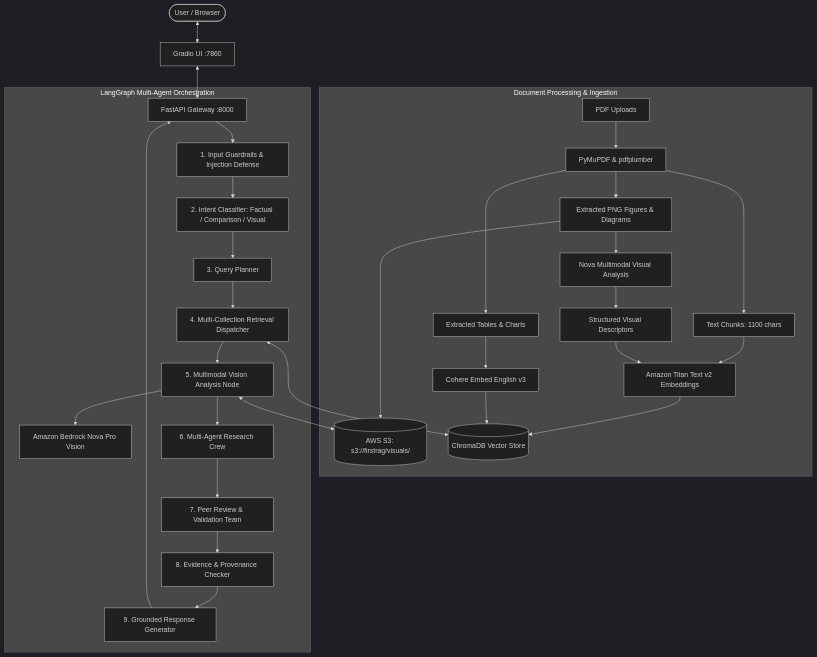
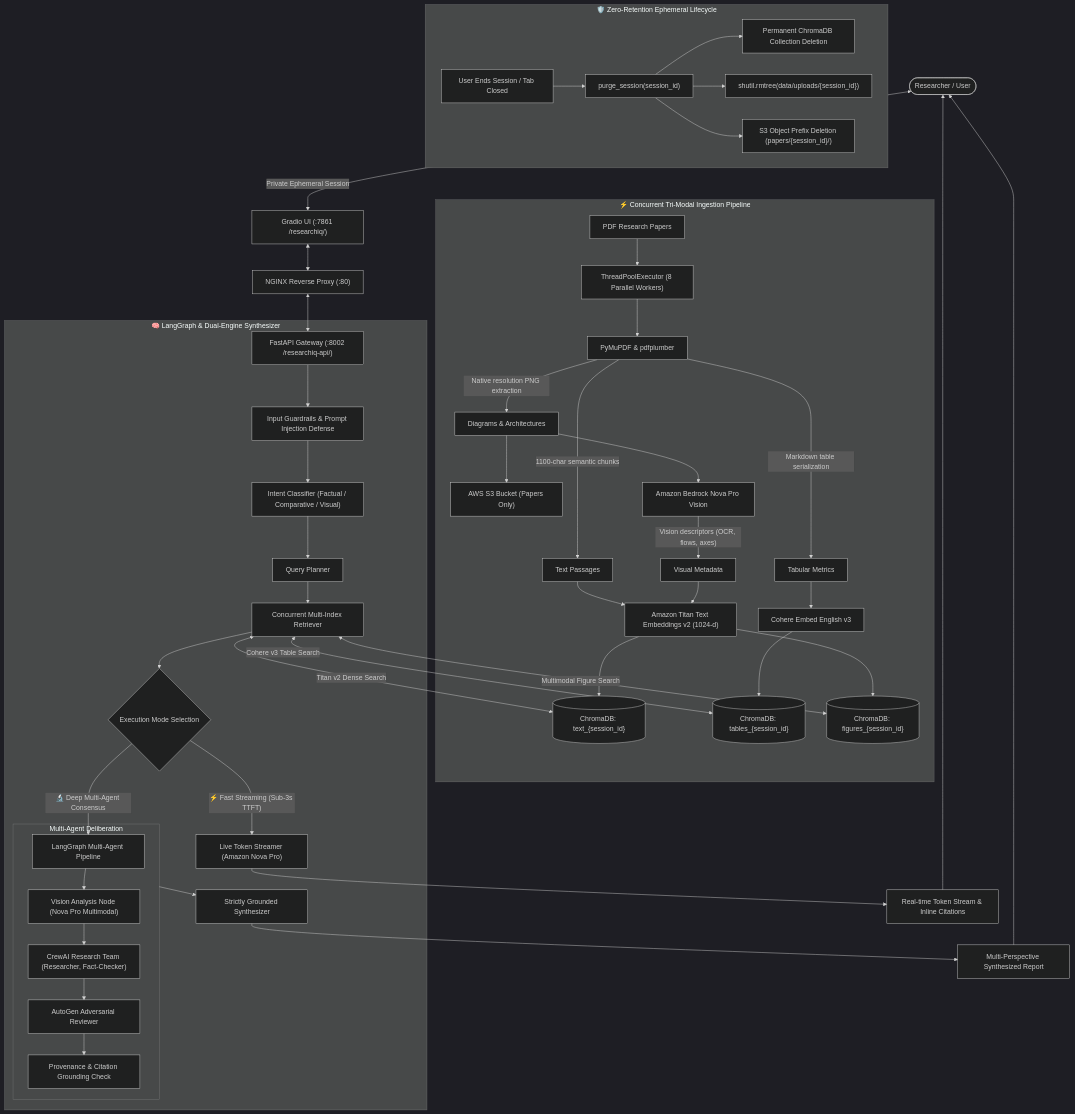
One commit to karangy7904/ResearchIQ-Multimodal-Assistant changed the diagram in README.md. Above: the diagram before and after it, drawn with Mermaid (dark theme). The commit also changed other lines of this file, not shown here.

Commit message:
Add hackathon-ready comprehensive README with live links, architecture diagrams, and benchmark results

````diff
--- a/README.md
+++ b/README.md
@@ -36,37 +38,65 @@
 ```mermaid
 flowchart TD
-    User([User / Browser]) <--> UI[Gradio UI :7860]
-    UI <--> API[FastAPI Gateway :8000]
-    
-    subgraph Document Processing & Ingestion
-        PDF[PDF Uploads] --> Parser[PyMuPDF & pdfplumber]
-        Parser --> TextChunks[Text Chunks: 1100 chars]
-        Parser --> Tables[Extracted Tables & Charts]
-        Parser --> Images[Extracted PNG Figures & Diagrams]
-        Images --> S3[(AWS S3: s3://firstrag/visuals/)]
-        Images --> NovaVision[Nova Multimodal Visual Analysis]
-        NovaVision --> FigureDesc[Structured Visual Descriptors]
-        TextChunks --> TitanEmbed[Amazon Titan Text v2 Embeddings]
-        Tables --> CohereEmbed[Cohere Embed English v3]
-        FigureDesc --> TitanEmbed
-        TitanEmbed --> Chroma[(ChromaDB Vector Store)]
-        CohereEmbed --> Chroma
+    User([Researcher / User]) <-->|Private Ephemeral Session| UI["Gradio UI (:7861 /researchiq/)"]
+    UI <--> NGINX["NGINX Reverse Proxy (:80)"]
+    NGINX <--> API["FastAPI Gateway (:8002 /researchiq-api/)"]
+
+    subgraph DataIngestion ["⚡ Concurrent Tri-Modal Ingestion Pipeline"]
+        PDFs["PDF Research Papers"] --> IngestionWorkers["ThreadPoolExecutor (8 Parallel Workers)"]
+        IngestionWorkers --> PyMuPDF["PyMuPDF & pdfplumber"]
+        
+        PyMuPDF -->|"1100-char semantic chunks"| TextChunks["Text Passages"]
+        PyMuPDF -->|"Markdown table serialization"| Tables["Tabular Metrics"]
+        PyMuPDF -->|"Native resolution PNG extraction"| Diagrams["Diagrams & Architectures"]
+        
+        Diagrams --> S3["AWS S3 Bucket (Papers Only)"]
+        Diagrams --> NovaVision["Amazon Bedrock Nova Pro Vision"]
+        NovaVision -->|"Vision descriptors (OCR, flows, axes)"| VisualDesc["Visual Metadata"]
+        
+        TextChunks --> TitanEmbed["Amazon Titan Text Embeddings v2 (1024-d)"]
+        Tables --> CohereEmbed["Cohere Embed English v3"]
+        VisualDesc --> TitanEmbed
+        
+        TitanEmbed --> ChromaText[("ChromaDB: text_{session_id}")]
+        CohereEmbed --> ChromaTable[("ChromaDB: tables_{session_id}")]
+        TitanEmbed --> ChromaFig[("ChromaDB: figures_{session_id}")]
     end
 
-    subgraph LangGraph Multi-Agent Orchestration
-        API --> Guardrails[1. Input Guardrails & Injection Defense]
-        Guardrails --> Classifier[2. Intent Classifier: Factual / Comparison / Visual]
-        Classifier --> Planner[3. Query Planner]
-        Planner --> Retriever[4. Multi-Collection Retrieval Dispatcher]
-        Retriever <--> Chroma
-        Retriever --> VisionNode[5. Multimodal Vision Analysis Node]
-        VisionNode <--> S3
-        VisionNode --> BedrockVision[Amazon Bedrock Nova Pro Vision]
-        VisionNode --> ResearchCrew[6. Multi-Agent Research Crew]
-        ResearchCrew --> ReviewTeam[7. Peer Review & Validation Team]
-        ReviewTeam --> CitationCheck[8. Evidence & Provenance Checker]
-        CitationCheck --> Generator[9. Grounded Response Generator]
+    subgraph MultiAgentEngine ["🧠 LangGraph & Dual-Engine Synthesizer"]
+        API --> Guardrails["Input Guardrails & Prompt Injection Defense"]
+        Guardrails --> Classifier["Intent Classifier (Factual / Comparative / Visual)"]
+        Classifier --> Planner["Query Planner"]
+        Planner --> MultiIndex["Concurrent Multi-Index Retriever"]
+        
+        MultiIndex <-->|"Titan v2 Dense Search"| ChromaText
+        MultiIndex <-->|"Cohere v3 Table Search"| ChromaTable
+        MultiIndex <-->|"Multimodal Figure Search"| ChromaFig
+
+        MultiIndex --> ModeCheck{"Execution Mode Selection"}
+        
+        ModeCheck -->|"⚡ Fast Streaming (Sub-3s TTFT)"| StreamSynthesizer["Live Token Streamer (Amazon Nova Pro)"]
+        ModeCheck -->|"🔬 Deep Multi-Agent Consensus"| MultiAgentCrew["LangGraph Multi-Agent Pipeline"]
+        
+        subgraph ConsensusPipeline ["Multi-Agent Deliberation"]
+            MultiAgentCrew --> VisionNode["Vision Analysis Node (Nova Pro Multimodal)"]
+            VisionNode --> CrewAI["CrewAI Research Team (Researcher, Fact-Checker)"]
+            CrewAI --> AutoGen["AutoGen Adversarial Reviewer"]
+            AutoGen --> EvidenceChecker["Provenance & Citation Grounding Check"]
+        end
+        
+        ConsensusPipeline --> GroundedResponse["Strictly Grounded Synthesizer"]
     end
 
-    Generator --> API
+    StreamSynthesizer --> StreamOutput["Real-time Token Stream & Inline Citations"]
+    GroundedResponse --> ConsensusOutput["Multi-Perspective Synthesized Report"]
+    
+    StreamOutput --> User
+    ConsensusOutput --> User
+
+    subgraph PrivacyPurge ["🛡️ Zero-Retention Ephemeral Lifecycle"]
+        PurgeTrigger["User Ends Session / Tab Closed"] --> PurgeHandler["purge_session(session_id)"]
+        PurgeHandler --> DelChroma["Permanent ChromaDB Collection Deletion"]
+        PurgeHandler --> DelDisk["shutil.rmtree(data/uploads/{session_id})"]
+        PurgeHandler --> DelS3["S3 Object Prefix Deletion (papers/{session_id}/)"]
+    end
 ```
````
